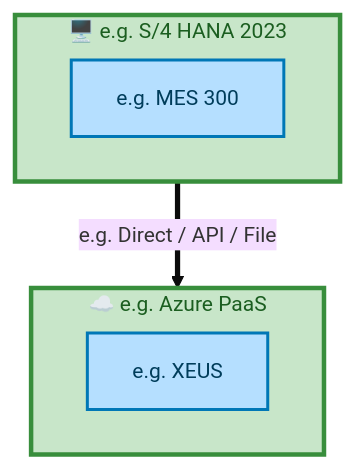
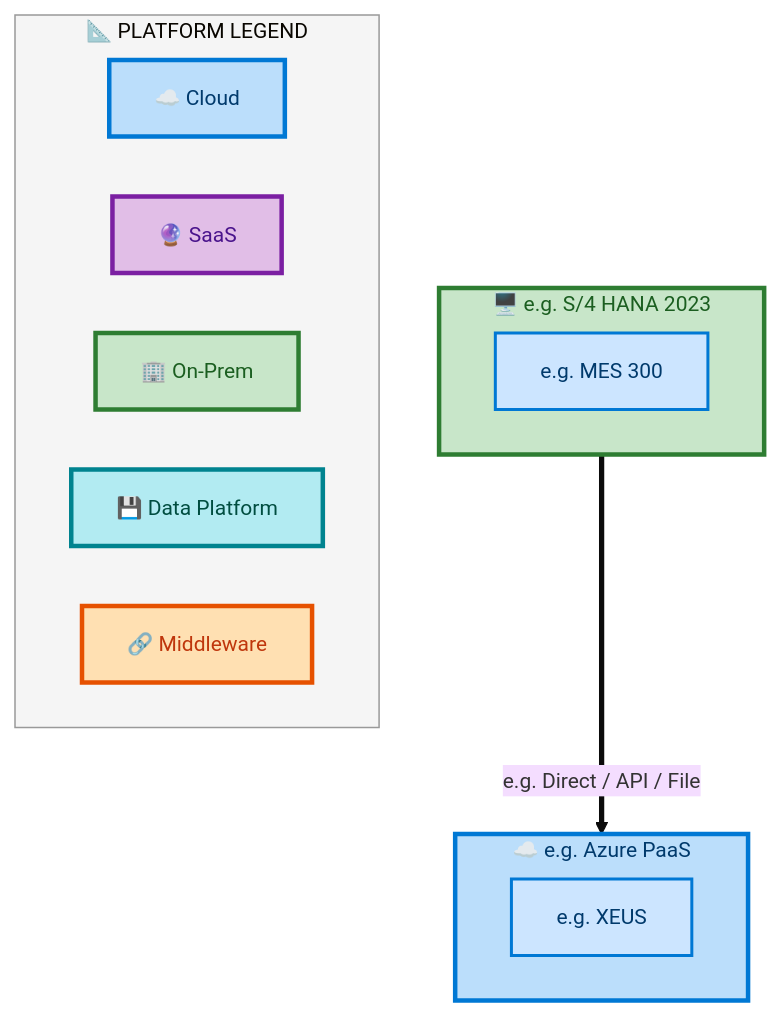
Before and after one commit to sajivfrancis777/IAO-Architecture: the seventh of 7 diagrams in towers/E2E/Procure to Pay/E2E-123/output/docs/systems-architecture/E2E-123-Architecture.md, drawn with Mermaid. The commit also changed other lines of this file and 394 other files, not shown here.

First line of the commit message:
feat: structured layer ordering for Mermaid architecture diagrams

````diff
--- a/towers/E2E/Procure to Pay/E2E-123/output/docs/systems-architecture/E2E-123-Architecture.md
+++ b/towers/E2E/Procure to Pay/E2E-123/output/docs/systems-architecture/E2E-123-Architecture.md
@@ -601,22 +634,36 @@
 ```mermaid
 %%{init: {"theme": "base", "securityLevel": "loose", "themeVariables": {"fontSize": "14px", "fontFamily": "Segoe UI, Arial"}, "flowchart": {"useMaxWidth": false, "htmlLabels": true, "nodeSpacing": 40, "rankSpacing": 50}} }%%
 flowchart TB
-    classDef appBox fill:#B5DFFF,stroke:#0077B6,stroke-width:2px,color:#003D5B
-    classDef platBox fill:#C8E6C9,stroke:#388E3C,stroke-width:3px,color:#1B5E20
-    classDef eolBox fill:#FFB5B5,stroke:#CC0000,stroke-width:2px,color:#660000
+    classDef appBox fill:#CCE5FF,stroke:#0078D4,stroke-width:2px,color:#003A6C
+    classDef platBox fill:#C8E6C9,stroke:#2E7D32,stroke-width:3px,color:#1B5E20
+    classDef eolBox fill:#FFCDD2,stroke:#C62828,stroke-width:2px,color:#B71C1C
 
     subgraph E2E123FPLP_e_g_Azure_PaaS["☁️ e.g. Azure PaaS"]
         direction LR
         E2E123FPLA_e_g_XEUS["e.g. XEUS"]:::appBox
     end
-    style E2E123FPLP_e_g_Azure_PaaS fill:#C8E6C9,stroke:#388E3C,stroke-width:3px,color:#1B5E20
+    style E2E123FPLP_e_g_Azure_PaaS fill:#BBDEFB,stroke:#0078D4,stroke-width:3px,color:#003A6C
 
     subgraph E2E123FPLP_e_g_S_4_HANA_2023["🖥️ e.g. S/4 HANA 2023"]
         direction LR
         E2E123FPLA_e_g_MES_300["e.g. MES 300"]:::appBox
     end
-    style E2E123FPLP_e_g_S_4_HANA_2023 fill:#C8E6C9,stroke:#388E3C,stroke-width:3px,color:#1B5E20
+    style E2E123FPLP_e_g_S_4_HANA_2023 fill:#C8E6C9,stroke:#2E7D32,stroke-width:3px,color:#1B5E20
 
     E2E123FPLP_e_g_S_4_HANA_2023 ==>|"e.g. Direct / API / File"| E2E123FPLP_e_g_Azure_PaaS
 
+    subgraph E2E123FPLLegend["📐 PLATFORM LEGEND"]
+        direction LR
+        E2E123FPLLC["☁️ Cloud"]
+        E2E123FPLLS["🔮 SaaS"]
+        E2E123FPLLO["🏢 On-Prem"]
+        E2E123FPLLD["💾 Data Platform"]
+        E2E123FPLLM["🔗 Middleware"]
+    end
+    style E2E123FPLLegend fill:#F5F5F5,stroke:#999,stroke-width:1px
+    style E2E123FPLLC fill:#BBDEFB,stroke:#0078D4,stroke-width:3px,color:#003A6C
+    style E2E123FPLLS fill:#E1BEE7,stroke:#7B1FA2,stroke-width:3px,color:#4A148C
+    style E2E123FPLLO fill:#C8E6C9,stroke:#2E7D32,stroke-width:3px,color:#1B5E20
+    style E2E123FPLLD fill:#B2EBF2,stroke:#00838F,stroke-width:3px,color:#004D40
+    style E2E123FPLLM fill:#FFE0B2,stroke:#E65100,stroke-width:3px,color:#BF360C
 ```
````
